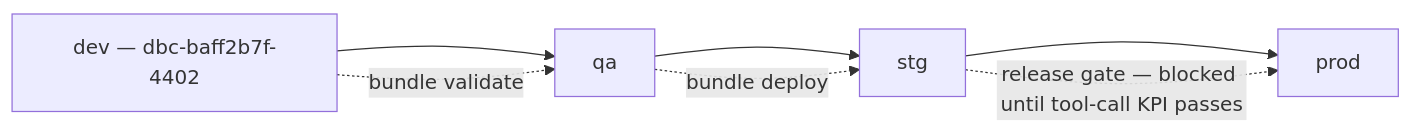
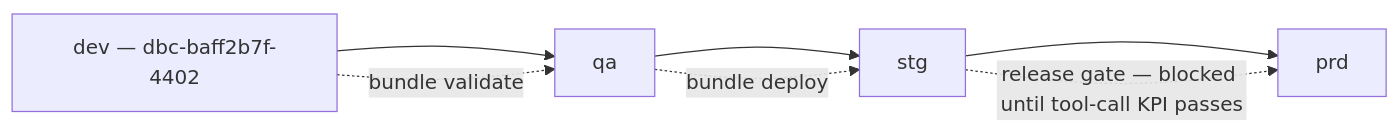
The first of 3 diagrams in docs/architecture/design-artifacts/05-deployment-high-level.md (wchen-dea/Governed-Multi-Agent-Intelligence-on-Databricks), drawn with Mermaid before and after one commit. The commit also changed other lines of this file and 106 other files, not shown here.

````diff
--- a/docs/architecture/design-artifacts/05-deployment-high-level.md
+++ b/docs/architecture/design-artifacts/05-deployment-high-level.md
@@ -7,10 +7,10 @@
 ```mermaid
 flowchart LR
     Dev[dev — dbc-baff2b7f-4402] --> QA[qa]
     QA --> STG[stg]
-    STG --> PRD[prod]
+    STG --> PRD[prd]
 
     Dev -. bundle validate .-> QA
     QA -. bundle deploy .-> STG
     STG -. release gate — blocked until tool-call KPI passes .-> PRD
 ```
````
